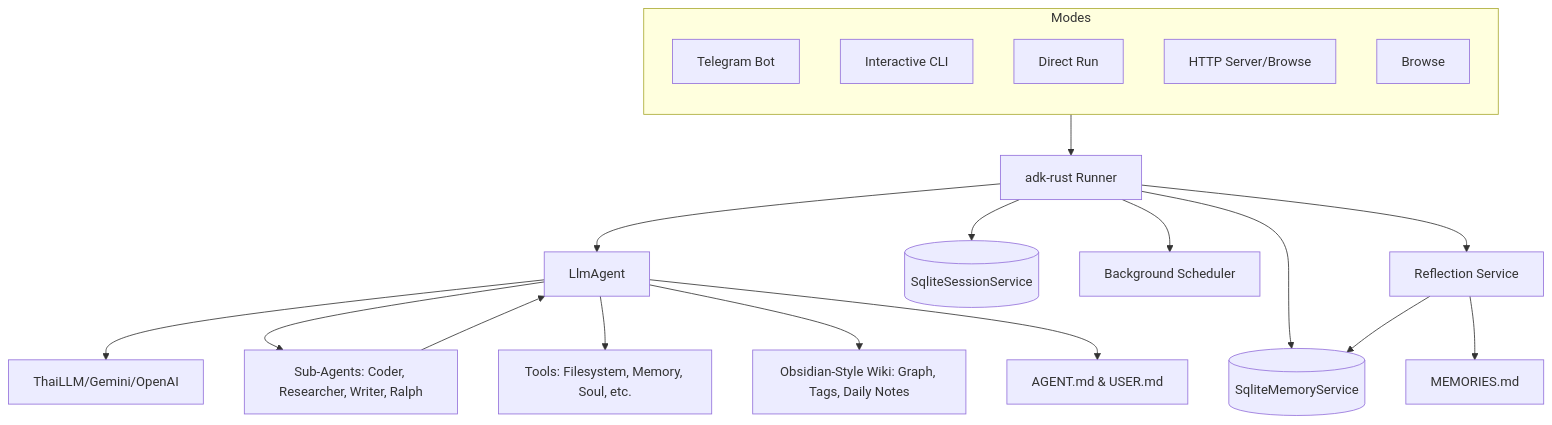
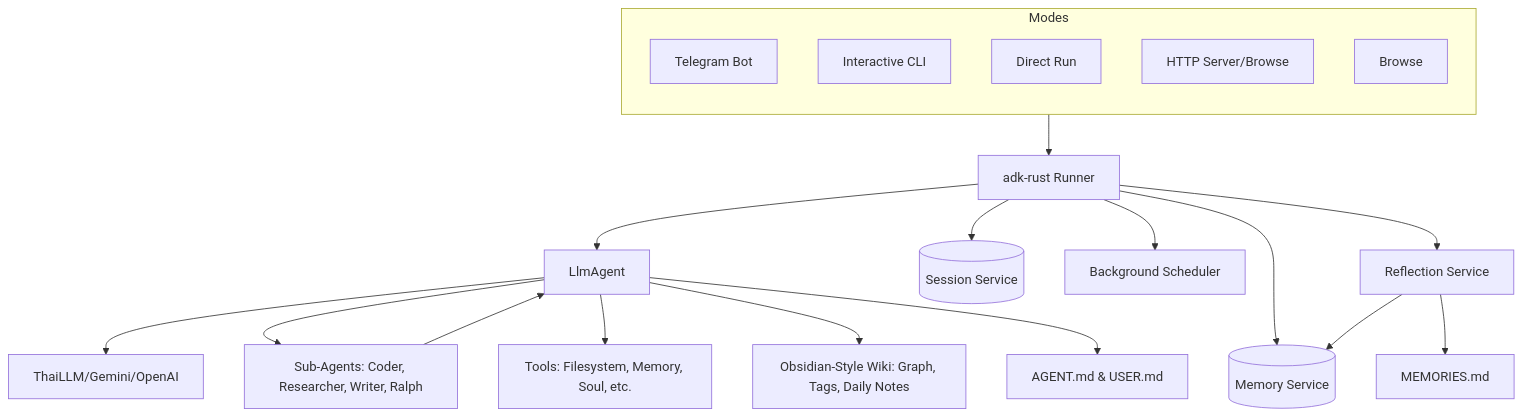
One commit to anoochit/nami-core changed the diagram in README.md. Above: the diagram before and after it, drawn with Mermaid.

Commit message:
docs(readme): clarify architectural components in diagram

````diff
--- a/README.md
+++ b/README.md
@@ -164,30 +164,30 @@
 ```mermaid
 graph TD
     subgraph EntryPoints [Modes]
         direction TB
         Bot[Telegram Bot]
         CLI[Interactive CLI]
         Run[Direct Run]
         Server[HTTP Server/Browse]
         Browse[Browse]
     end
 
     EntryPoints --> Runner[adk-rust Runner]
     
     Runner --> Agent[LlmAgent]
-    Runner --> DB[(SqliteSessionService)]
-    Runner --> Memory[(SqliteMemoryService)]
+    Runner --> DB[(Session Service)]
+    Runner --> Memory[(Memory Service)]
     Runner --> Scheduler[Background Scheduler]
     Runner --> Reflection[Reflection Service]
     
     Agent --> LLM[ThaiLLM/Gemini/OpenAI]
     Agent --> SubAgents[Sub-Agents: Coder, Researcher, Writer, Ralph]
     Agent --> Tools[Tools: Filesystem, Memory, Soul, etc.]
     Agent --> Wiki[Obsidian-Style Wiki: Graph, Tags, Daily Notes]
     Agent --> Persona[AGENT.md & USER.md]
 
-     Reflection --> Memory
+    Reflection --> Memory
     Reflection --> UserMemory["MEMORIES.md"]
     
     SubAgents --> Agent
 ```
````
